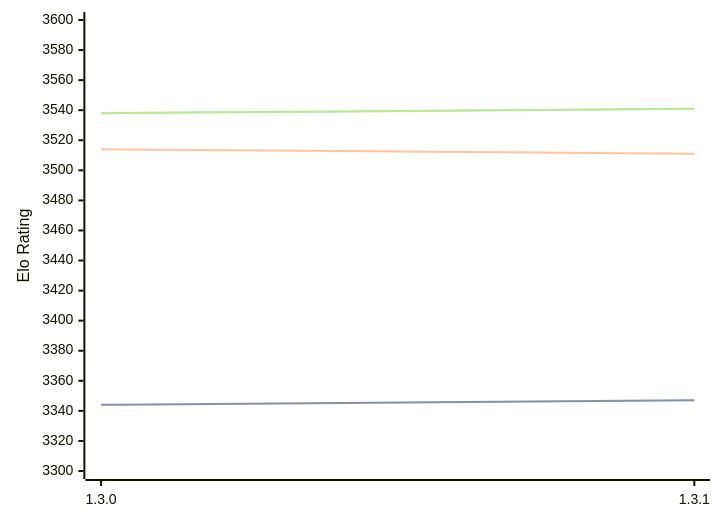
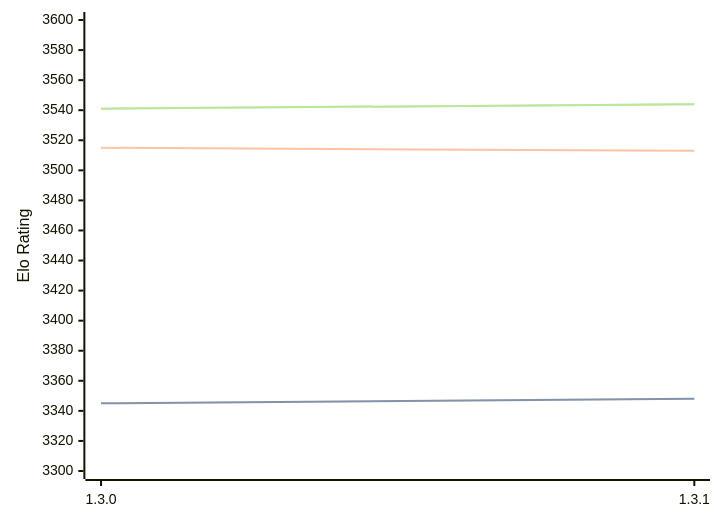
Before and after one commit to computer-chess-index/cci: the diagram in engines/Renegade.md, drawn with Mermaid. The commit also changed other lines of this file, not shown here.

Commit message:
Update CCI Ratings (ELO VLTC) - 2026-09-01

````diff
--- a/engines/Renegade.md
+++ b/engines/Renegade.md
@@ -33,11 +33,11 @@
 ```mermaid
 %%{init: {"theme":"base","themeVariables":{"seriesColors:['#a3a3a3','#222221','#faa371']}}}%%
 xychart-beta
   x-axis ["1.3.0", "1.3.1"]
   y-axis "Elo Rating" 3300 --> 3600
-  line "" [3344, 3347]
-  line "STC (8.0+0.08s)" [3344, 3347]
-  line "LTC (60.0+0.60s)" [3514, 3511]
-  line "" [3538, 3541]
-  line "VLTC (2m24s+1.12s)" [3538, 3541]
+  line "" [3345, 3348]
+  line "STC (8.0+0.08s)" [3345, 3348]
+  line "LTC (60.0+0.60s)" [3515, 3513]
+  line "" [3541, 3544]
+  line "VLTC (2m24s+1.12s)" [3541, 3544]
 ```
````
